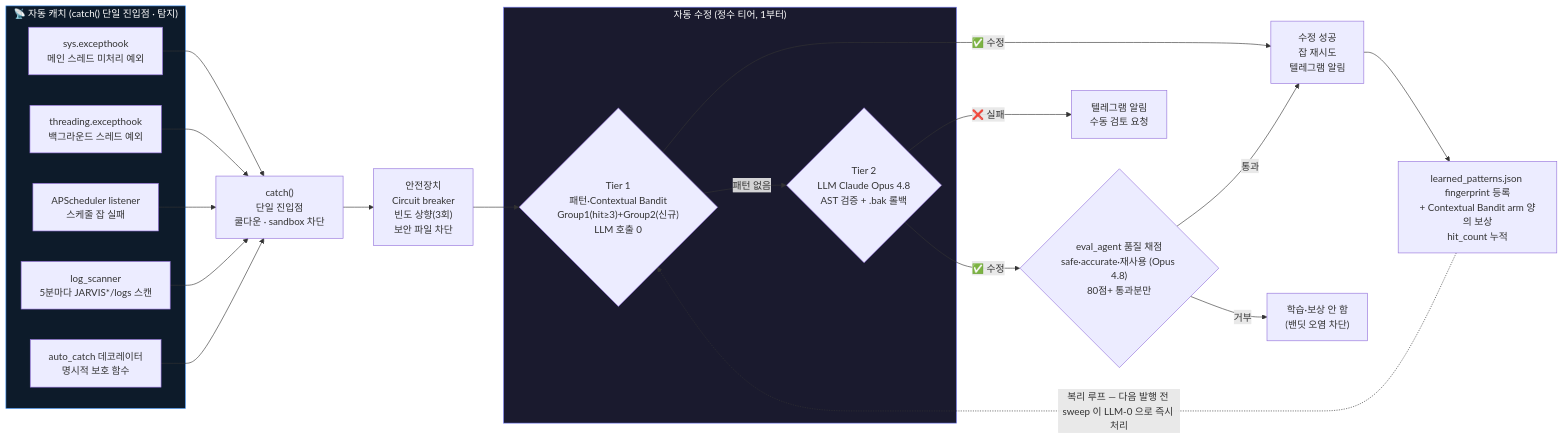
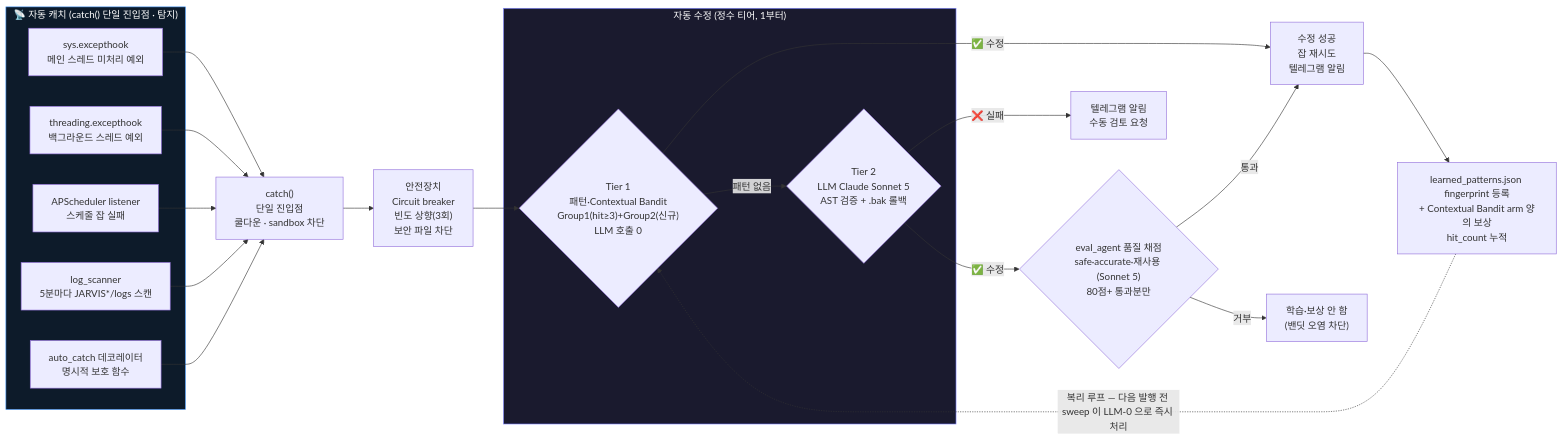
One commit to youandi3535/jarvis-agent changed the third of 3 diagrams in README.md. Above: the diagram before and after it, drawn with Mermaid. The commit also changed other lines of this file and 36 other files, not shown here.

First line of the commit message:
hj : 모델 Sonnet 5 단일 통일 + Tier 2 재시도 상한 신설 + 전체 재시도 3회 통일 (ADR 017)

````diff
--- a/README.md
+++ b/README.md
@@ -242,35 +244,35 @@
 ```mermaid
 flowchart LR
     subgraph CATCH["📡 자동 캐치 (catch() 단일 진입점 · 탐지)"]
         H1["sys.excepthook\n메인 스레드 미처리 예외"]
         H2["threading.excepthook\n백그라운드 스레드 예외"]
         H3["APScheduler listener\n스케줄 잡 실패"]
         H4["log_scanner\n5분마다 JARVIS*/logs 스캔"]
         H5["auto_catch 데코레이터\n명시적 보호 함수"]
     end
 
     H1 & H2 & H3 & H4 & H5 --> C["catch()\n단일 진입점\n쿨다운 · sandbox 차단"]
 
     C --> SAFE["안전장치\nCircuit breaker\n빈도 상향(3회)\n보안 파일 차단"]
 
     SAFE --> T1
 
     subgraph TIERS["자동 수정 (정수 티어, 1부터)"]
         T1{"Tier 1\n패턴·Contextual Bandit\nGroup1(hit≥3)+Group2(신규)\nLLM 호출 0"}
-        T2{"Tier 2\nLLM Claude Opus 4.8\nAST 검증 + .bak 롤백"}
+        T2{"Tier 2\nLLM Claude Sonnet 5\nAST 검증 + .bak 롤백"}
     end
 
     T1 -->|"✅ 수정"| OK
     T1 -->|"패턴 없음"| T2
-    T2 -->|"✅ 수정"| EVAL{"eval_agent 품질 채점\nsafe·accurate·재사용 (Opus 4.8)\n80점+ 통과분만"}
+    T2 -->|"✅ 수정"| EVAL{"eval_agent 품질 채점\nsafe·accurate·재사용 (Sonnet 5)\n80점+ 통과분만"}
     EVAL -->|"통과"| OK
     EVAL -->|"거부"| DROP["학습·보상 안 함\n(밴딧 오염 차단)"]
 
     OK["수정 성공\n잡 재시도\n텔레그램 알림"] --> LEARN["learned_patterns.json fingerprint 등록\n+ Contextual Bandit arm 양의 보상\nhit_count 누적"]
     LEARN -. "복리 루프 — 다음 발행 전 sweep 이 LLM-0 으로 즉시 처리" .-> T1
 
     T2 -->|"❌ 실패"| ESC["텔레그램 알림\n수동 검토 요청"]
 
     style CATCH fill:#0d1b2a,stroke:#4a9eff,color:#fff
     style TIERS fill:#1a1a2e,stroke:#7c83fd,color:#fff
 ```
````
